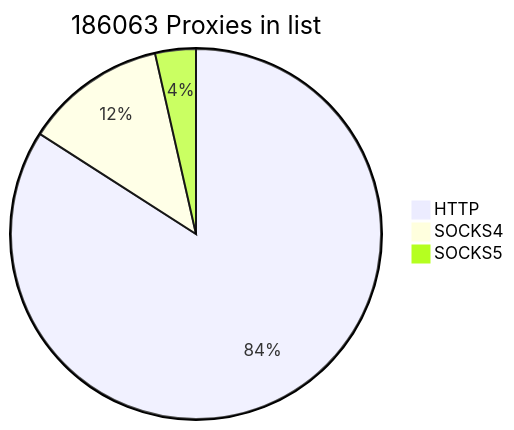
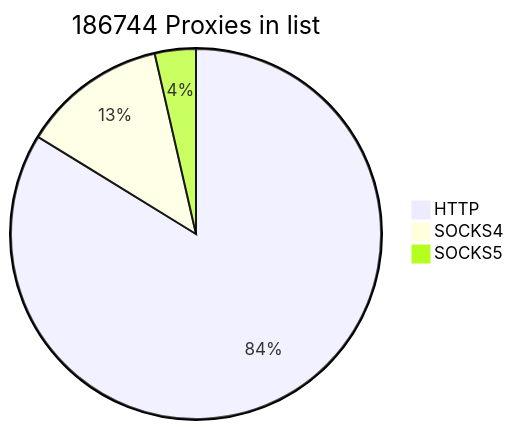
Before and after one commit to cutipu/proxylist: the first of 2 diagrams in README.md, drawn with Mermaid. The commit also changed other lines of this file, not shown here.

````diff
--- a/README.md
+++ b/README.md
@@ -2,7 +2,7 @@
 ```mermaid
-pie title 186063 Proxies in list
-    "HTTP" : 156428
-    "SOCKS4" : 23023
-    "SOCKS5" : 6612
+pie title 186744 Proxies in list
+    "HTTP" : 156447
+    "SOCKS4" : 23602
+    "SOCKS5" : 6695
             
 ```
````
